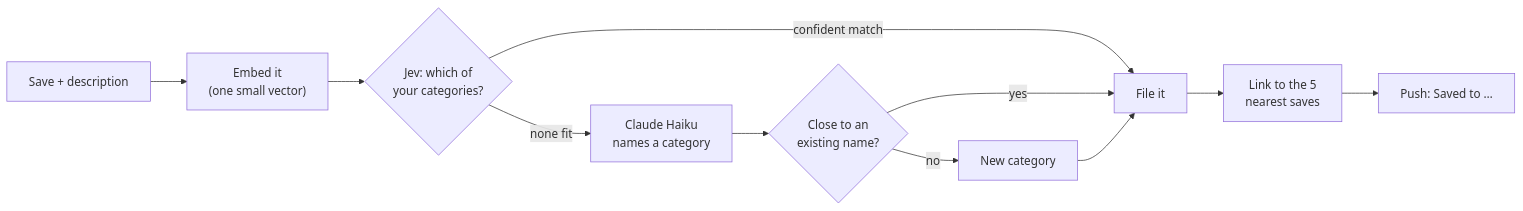
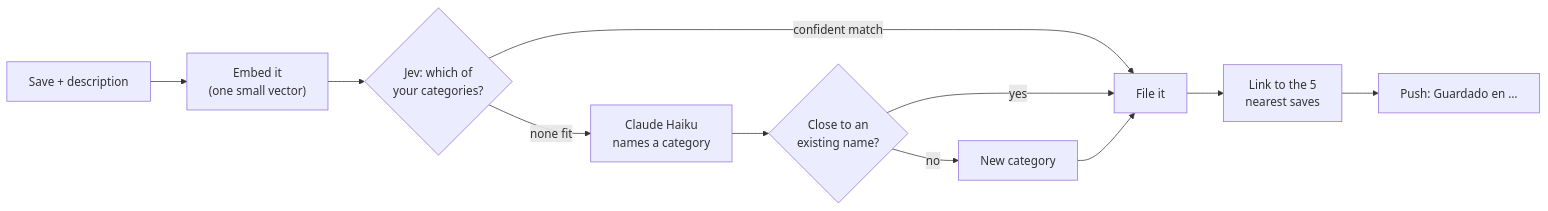
The diagram in docs/sorting.md (franco-roura/scrapbook-01), drawn with Mermaid before and after one commit. The commit also changed other lines of this file and 47 other files, not shown here.

````diff
--- a/docs/sorting.md
+++ b/docs/sorting.md
@@ -16,11 +17,11 @@
 ```mermaid
 flowchart LR
   S["Save + description"] --> E["Embed it<br/>(one small vector)"]
   E --> J{"Jev: which of<br/>your categories?"}
   J -- "confident match" --> F["File it"]
   J -- "none fit" --> H["Claude Haiku<br/>names a category"]
   H --> D{"Close to an<br/>existing name?"}
   D -- "yes" --> F
   D -- "no" --> N["New category"] --> F
-  F --> L["Link to the 5<br/>nearest saves"] --> P["Push: Saved to …"]
+  F --> L["Link to the 5<br/>nearest saves"] --> P["Push: Guardado en …"]
 ```
````
